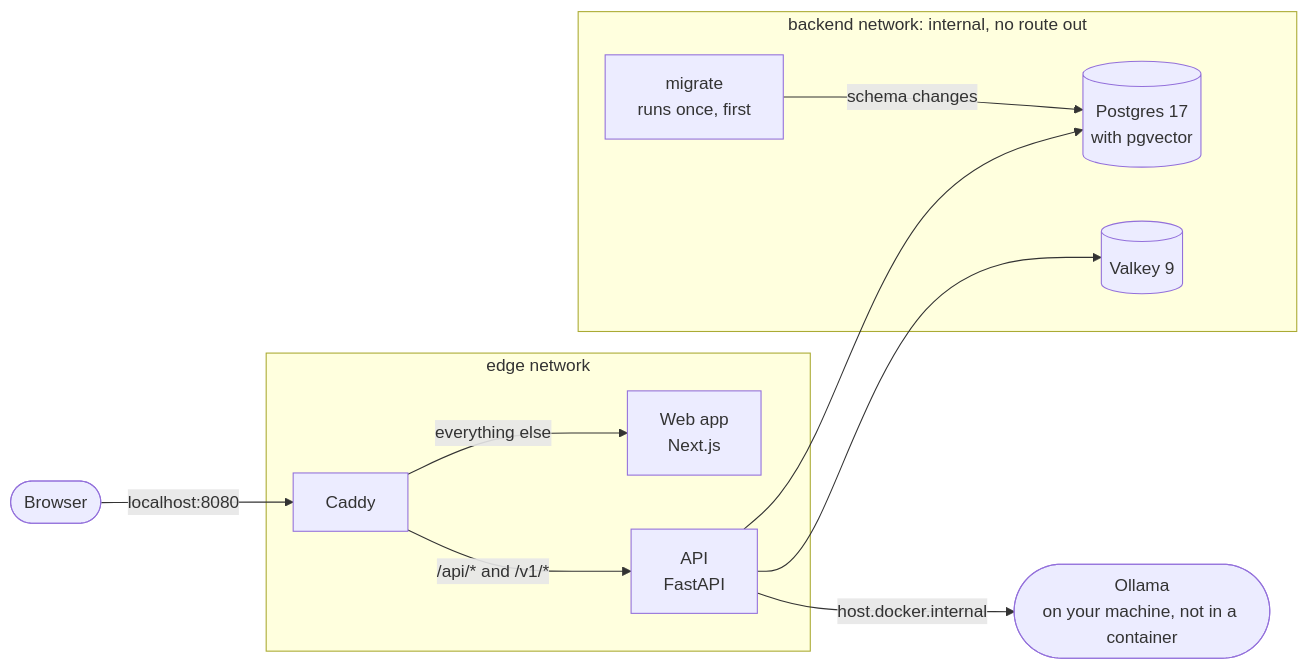
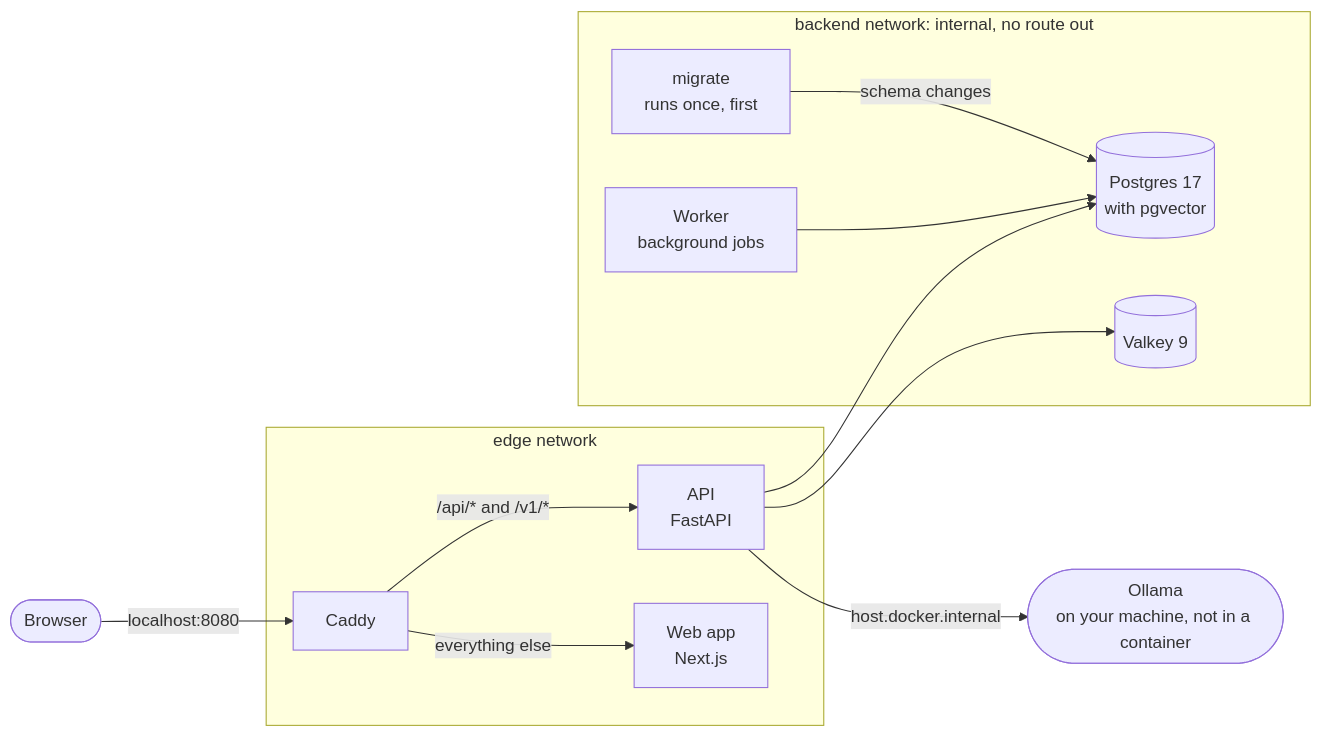
The diagram in docs/architecture.md (fatihrime/actio), drawn with Mermaid before and after one commit. The commit also changed other lines of this file and 3 other files, not shown here.

````diff
--- a/docs/architecture.md
+++ b/docs/architecture.md
@@ -7,21 +7,23 @@
 ```mermaid
 flowchart LR
     browser([Browser]) -->|"localhost:8080"| caddy
     subgraph edge ["edge network"]
         caddy["Caddy"]
         web["Web app<br>Next.js"]
         api["API<br>FastAPI"]
     end
     subgraph backend ["backend network: internal, no route out"]
         migrate["migrate<br>runs once, first"]
+        worker["Worker<br>background jobs"]
         postgres[("Postgres 17<br>with pgvector")]
         valkey[("Valkey 9")]
     end
     ollama(["Ollama<br>on your machine, not in a container"])
     caddy -->|"/api/* and /v1/*"| api
     caddy -->|"everything else"| web
     migrate -->|"schema changes"| postgres
     api --> postgres
     api --> valkey
+    worker --> postgres
     api -->|"host.docker.internal"| ollama
 ```
````
